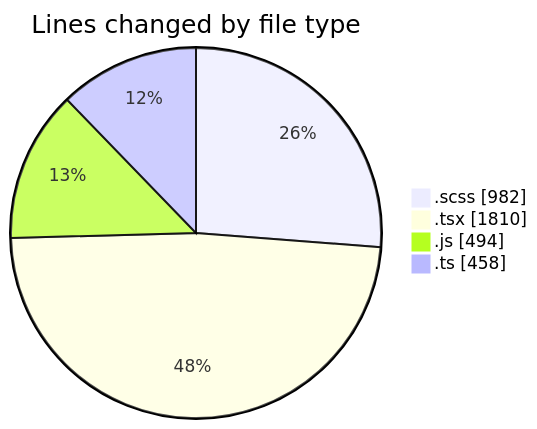
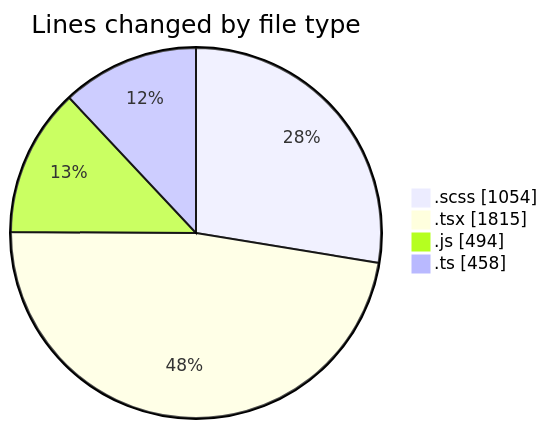
The first of 2 diagrams in 2025-03-14/cda/README.md (momahboobian/code-tracking), drawn with Mermaid before and after one commit. The commit also changed other lines of this file and 1 other file, not shown here.

````diff
--- a/2025-03-14/cda/README.md
+++ b/2025-03-14/cda/README.md
@@ -40,8 +40,8 @@
 ```mermaid
 pie showData
 title Lines changed by file type
-".scss" : 982
-".tsx" : 1810
+".scss" : 1054
+".tsx" : 1815
 ".js" : 494
 ".ts" : 458
 ```
````
